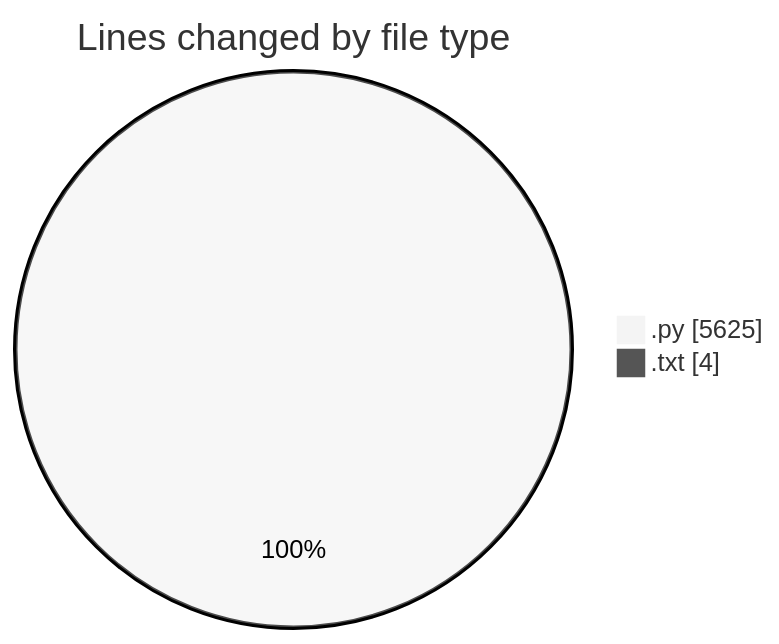
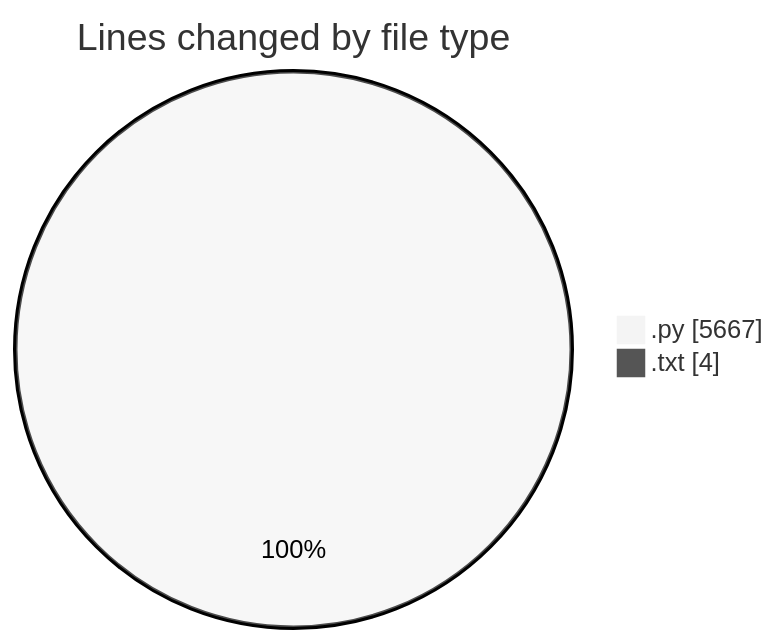
The first of 2 diagrams in 2025-06-01/video_app/README.md (CELIANVF/code-tracking), drawn with Mermaid (neutral theme) before and after one commit. The commit also changed other lines of this file and 1 other file, not shown here.

````diff
--- a/2025-06-01/video_app/README.md
+++ b/2025-06-01/video_app/README.md
@@ -29,6 +29,6 @@
 ```mermaid
 pie showData
 title Lines changed by file type
-".py" : 5625
+".py" : 5667
 ".txt" : 4
 ```
````
